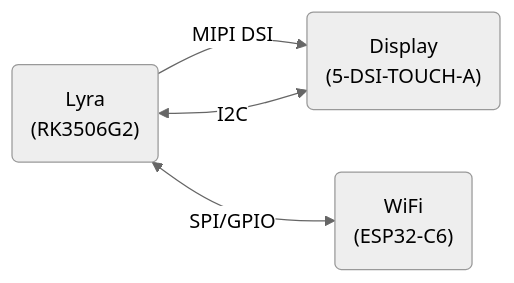
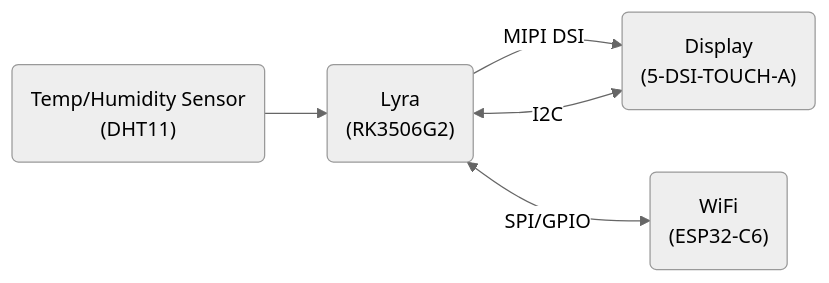
The diagram in README.md (LarsGoerner/power-window-distro), drawn with Mermaid (neutral theme) before and after one commit. The commit also changed other lines of this file, not shown here.

````diff
--- a/README.md
+++ b/README.md
@@ -23,10 +26,12 @@
 ```mermaid
 flowchart LR
         MCU("Lyra\n(RK3506G2)")
         DSP("Display\n(5-DSI-TOUCH-A)")
         WIFI("WiFi\n(ESP32-C6)")
+        TH("Temp/Humidity Sensor\n(DHT11)")
 
+        TH --> MCU
         MCU -- MIPI DSI --> DSP
         MCU <-- I2C --> DSP
         MCU <-- SPI/GPIO --> WIFI
 ```
````
